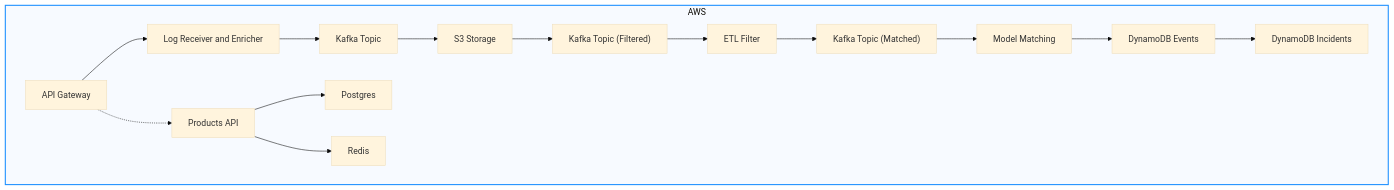
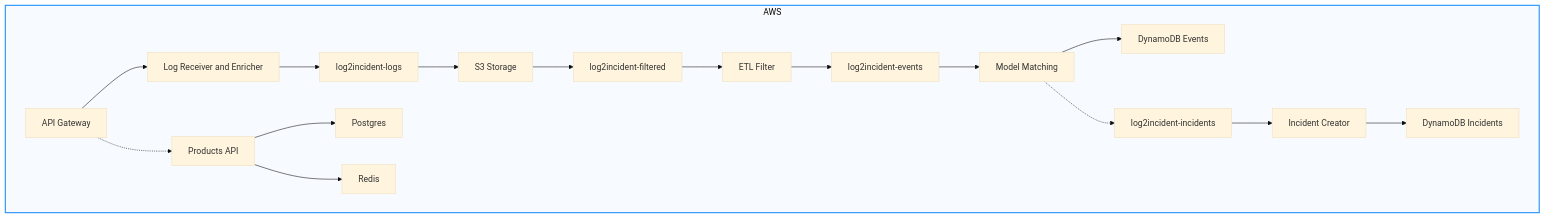
Before and after one commit to AgnesYYQ/log2incident: the first of 2 diagrams in README.md, drawn with Mermaid (base theme). The commit also changed other lines of this file and 9 other files, not shown here.

First line of the commit message:
fix: align IaC topic names, add Helm templates & KafkaUsers, close event pipeline gap

````diff
--- a/README.md
+++ b/README.md
@@ -17,19 +17,21 @@
 ```mermaid
 flowchart TD
   subgraph AWS
     A1[API Gateway] --> A2[Log Receiver and Enricher]
-    A2 --> K1[Kafka Topic]
+    A2 --> K1[log2incident-logs]
     K1 --> B2[S3 Storage]
-    B2 --> K2["Kafka Topic (Filtered)"]
+    B2 --> K2[log2incident-filtered]
     K2 --> B3[ETL Filter]
-    B3 --> K3["Kafka Topic (Matched)"]
+    B3 --> K3[log2incident-events]
     K3 --> C1[Model Matching]
     C1 --> DDB1[DynamoDB Events]
-    DDB1 --> DDB2[DynamoDB Incidents]
+    C1 -.-> K4[log2incident-incidents]
+    K4 --> IC[Incident Creator]
+    IC --> DDB2[DynamoDB Incidents]
     A1 -.-> D1[Products API]
     D1 --> D2[Postgres]
     D1 --> D3[Redis]
   end
   style AWS fill:#f7faff,stroke:#1e90ff,stroke-width:2px
   classDef aws fill:#f7faff,stroke:#1e90ff,stroke-width:2px;
 ```
````
